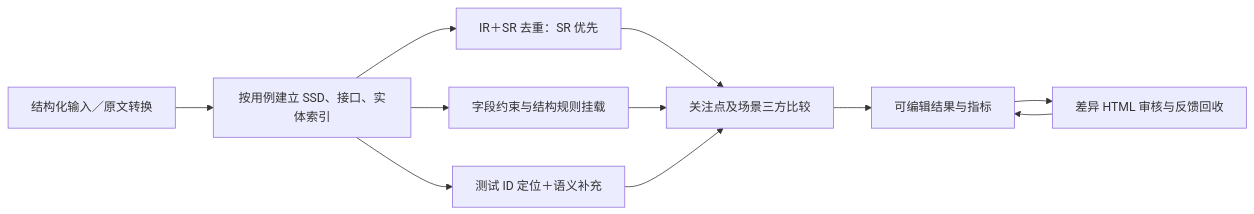
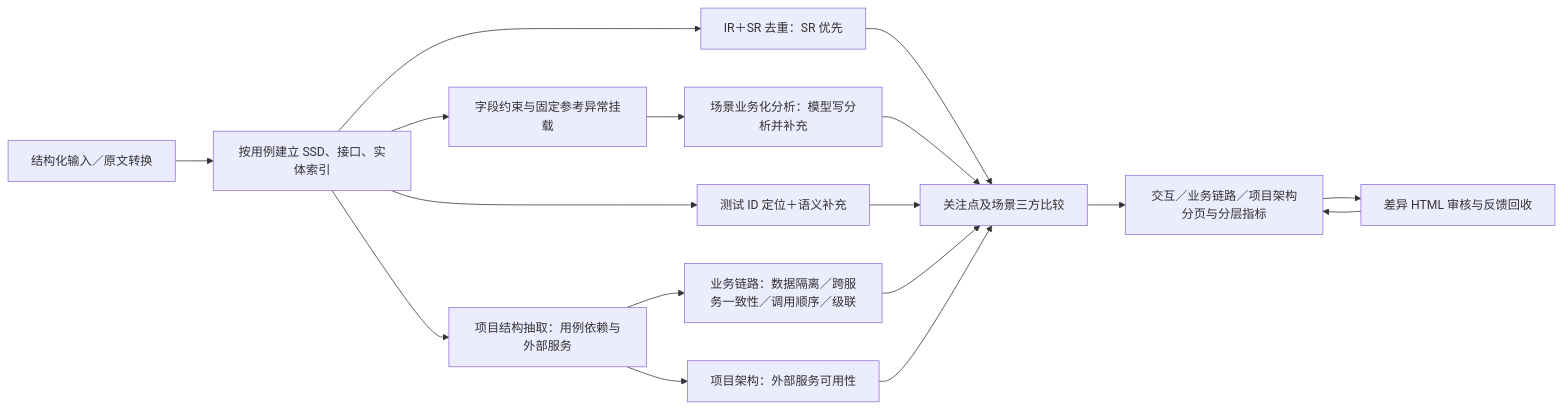
The diagram in README.md (Yangkailiang1/Scene_Completion), drawn with Mermaid before and after one commit. The commit also changed other lines of this file and 169 other files, not shown here.

````diff
--- a/README.md
+++ b/README.md
@@ -52,13 +52,19 @@
 ```mermaid
 flowchart LR
     A[结构化输入／原文转换] --> B[按用例建立 SSD、接口、实体索引]
     B --> E[IR＋SR 去重：SR 优先]
-    B --> G[字段约束与结构规则挂载]
+    B --> G[字段约束与固定参考异常挂载]
     B --> T[测试 ID 定位＋语义补充]
+    G --> S[场景业务化分析：模型写分析并补充]
     E --> C[关注点及场景三方比较]
-    G --> C
+    S --> C
     T --> C
-    C --> R[可编辑结果与指标]
+    B --> P[项目结构抽取：用例依赖与外部服务]
+    P --> PB[业务链路：数据隔离／跨服务一致性／调用顺序／级联]
+    P --> PA[项目架构：外部服务可用性]
+    PB --> C
+    PA --> C
+    C --> R[交互／业务链路／项目架构分页与分层指标]
     R --> H[差异 HTML 审核与反馈回收]
     H --> R
 ```
````
